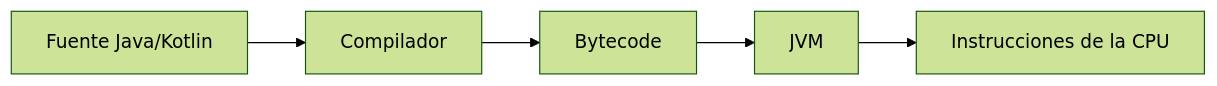
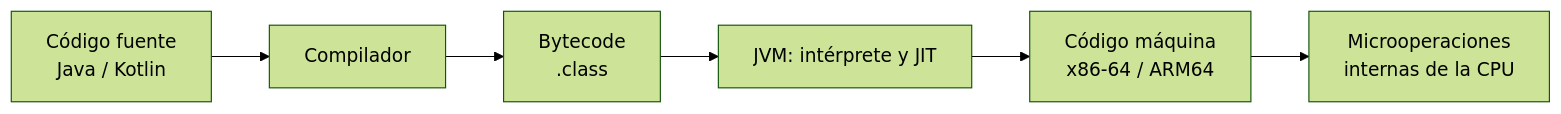
Before and after one commit to davidmolinafernadez/DAM-SI: the first of 5 diagrams in UD1/Teoria/11-instrucciones-cpu.md, drawn with Mermaid (forest theme). The commit also changed other lines of this file and 4 other files, not shown here.

````diff
--- a/UD1/Teoria/11-instrucciones-cpu.md
+++ b/UD1/Teoria/11-instrucciones-cpu.md
@@ -20,7 +30,8 @@
 ```mermaid
 flowchart LR
-  F[Fuente Java/Kotlin] --> C[Compilador]
-  C --> B[Bytecode]
-  B --> VM[JVM]
-  VM --> M[Instrucciones de la CPU]
+  F["Código fuente<br>Java / Kotlin"] --> C[Compilador]
+  C --> B["Bytecode<br>.class"]
+  B --> J["JVM: intérprete y JIT"]
+  J --> M["Código máquina<br>x86-64 / ARM64"]
+  M --> U["Microoperaciones<br>internas de la CPU"]
 ```
````
